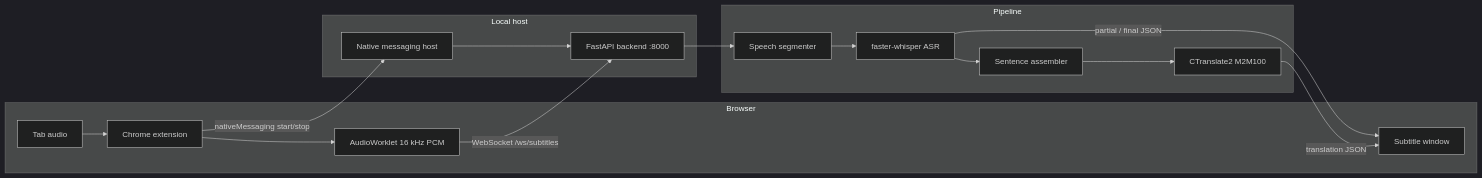
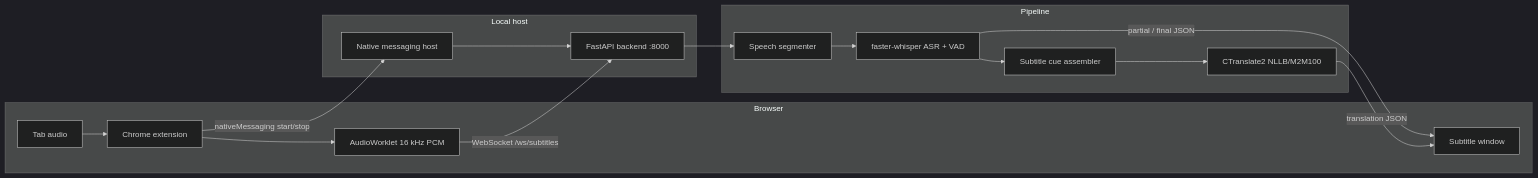
The diagram in README.md (oplt/whisperdutch), drawn with Mermaid (dark theme) before and after one commit. The commit also changed other lines of this file and 28 other files, not shown here.

````diff
--- a/README.md
+++ b/README.md
@@ -63,30 +64,30 @@
 ```mermaid
 flowchart LR
     subgraph Browser
         A[Tab audio]
         B[Chrome extension]
         C[AudioWorklet 16 kHz PCM]
         D[Subtitle window]
     end
 
     subgraph Local host
         E[Native messaging host]
         F[FastAPI backend :8000]
     end
 
     subgraph Pipeline
         G[Speech segmenter]
-        H[faster-whisper ASR]
-        I[Sentence assembler]
-        J[CTranslate2 M2M100]
+        H[faster-whisper ASR + VAD]
+        I[Subtitle cue assembler]
+        J[CTranslate2 NLLB/M2M100]
     end
 
     A --> B
     B --> C
     C -->|WebSocket /ws/subtitles| F
     B -->|nativeMessaging start/stop| E
     E --> F
     F --> G --> H --> I --> J
     H -->|partial / final JSON| D
     J -->|translation JSON| D
 ```
````
